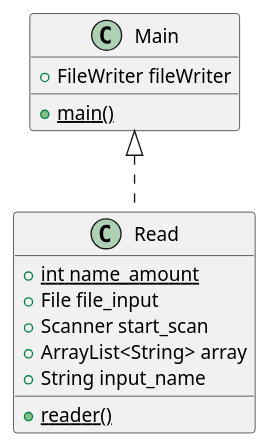
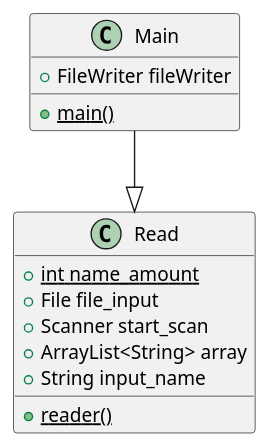
The diagram in src/main/java/ex41/ex41Diagram.puml (salamander5777/Gilday-cop3330-assignment3), drawn with PlantUML before and after one commit. The commit also changed 4 other files, not shown here.

```diff
--- a/src/main/java/ex41/ex41Diagram.puml
+++ b/src/main/java/ex41/ex41Diagram.puml
@@ -1,23 +1,23 @@
 @startuml
 'https://plantuml.com/class-diagram
 
 class Main
 class Read
 
-Main <|.. Read
+Main --|> Read
 
 class Read {
     {static} +int name_amount
     +File file_input
     +Scanner start_scan
     +ArrayList<String> array
     +String input_name
     {static} +reader()
 }
 
 class Main {
     +FileWriter fileWriter
     {static} +main()
 }
 
 @enduml
```
